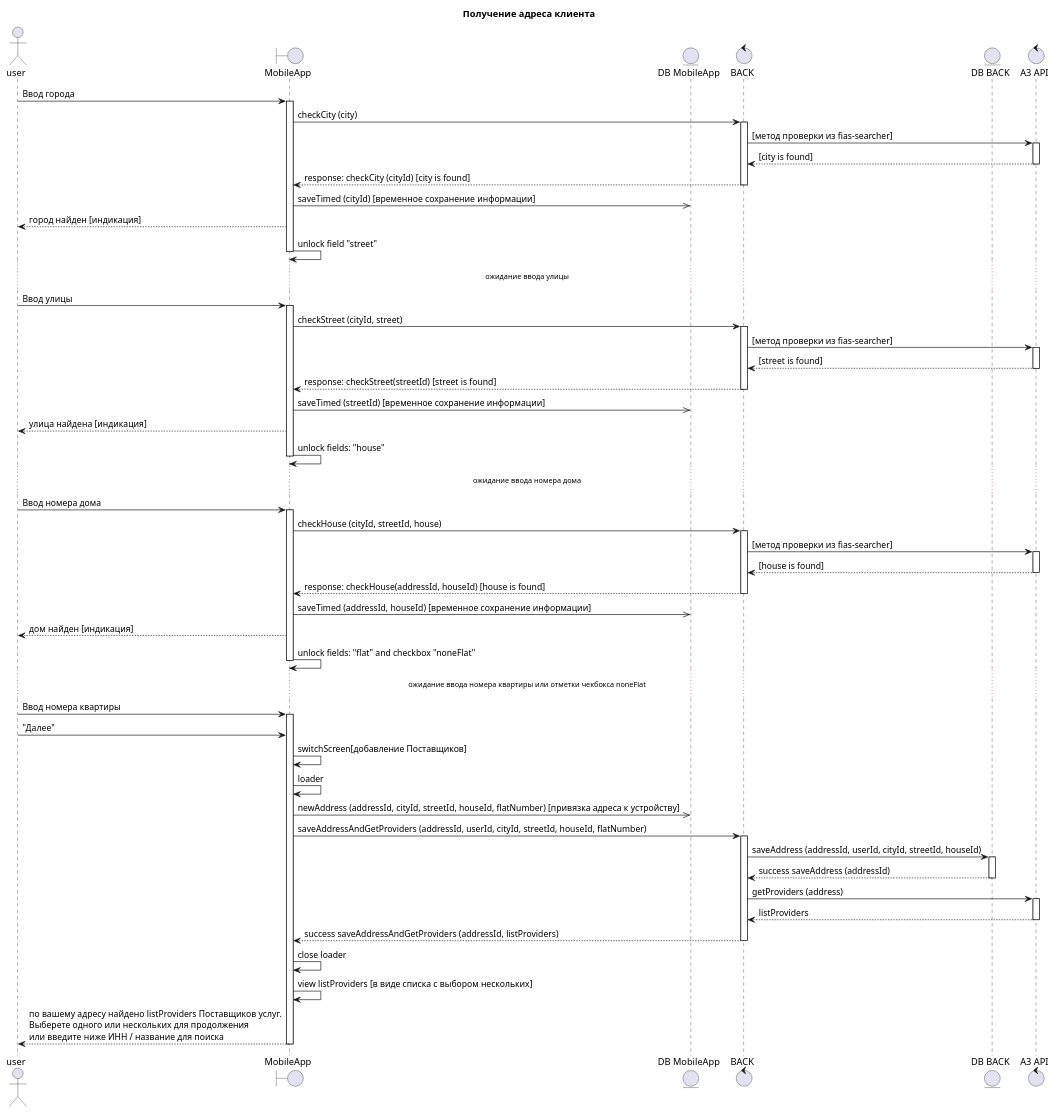
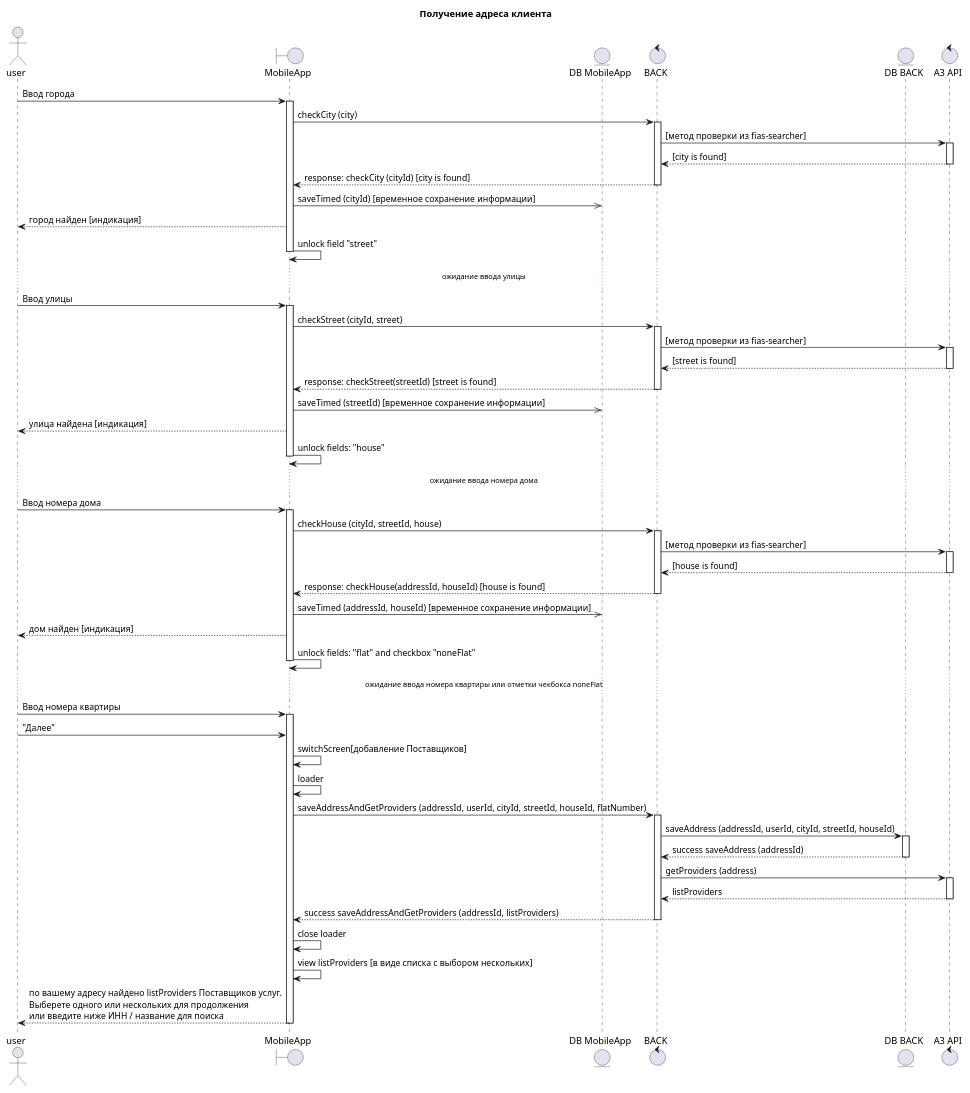
One commit to ArtWh0/UML-Scheme changed the diagram in ПолучениеАдресаКлиента/PlantUML_ПолучениеАдресаКлиента_alter.pu. Above: the diagram before and after it, drawn with PlantUML. The commit also changed 9 other files, not shown here.

Commit message:
Обновление схем

```diff
--- a/ПолучениеАдресаКлиента/PlantUML_ПолучениеАдресаКлиента_alter.pu
+++ b/ПолучениеАдресаКлиента/PlantUML_ПолучениеАдресаКлиента_alter.pu
@@ -1,85 +1,84 @@
 @startuml
 title "Получение адреса клиента"
 actor user
 boundary "MobileApp" as mobapp
 entity "DB MobileApp" as dbmob
 control "BACK" as back
 entity "DB BACK" as db
 control "A3 API" as a3
 
 user -> mobapp : Ввод города
 activate mobapp
     mobapp -> back : checkCity (city)
     activate back
         back -> a3 : [метод проверки из fias-searcher]
         activate a3
             a3 --> back : [city is found]
         deactivate a3
         back --> mobapp :  response: checkCity (cityId) [city is found]
     deactivate back
         mobapp ->> dbmob : saveTimed (cityId) [временное сохранение информации]
     mobapp --> user : город найден [индикация]
     mobapp -> mobapp : unlock field "street"
 deactivate mobapp
 
 
 ...ожидание ввода улицы...
 
 user -> mobapp : Ввод улицы
 activate mobapp
     mobapp -> back : checkStreet (cityId, street)
     activate back
         back -> a3 : [метод проверки из fias-searcher]
         activate a3
             a3 --> back : [street is found]
         deactivate a3
         back --> mobapp :  response: checkStreet(streetId) [street is found]
     deactivate back
     mobapp ->> dbmob : saveTimed (streetId) [временное сохранение информации]
     mobapp --> user : улица найдена [индикация]
     mobapp -> mobapp : unlock fields: "house"
 deactivate mobapp
 
 
 ...ожидание ввода номера дома...
 
     user -> mobapp : Ввод номера дома
     activate mobapp
         mobapp -> back : checkHouse (cityId, streetId, house)
         activate back
             back -> a3 : [метод проверки из fias-searcher]
             activate a3
                 a3 --> back : [house is found]
             deactivate a3
             back --> mobapp :  response: checkHouse(addressId, houseId) [house is found]
         deactivate back
         mobapp ->> dbmob : saveTimed (addressId, houseId) [временное сохранение информации]
         mobapp --> user : дом найден [индикация]
         mobapp -> mobapp : unlock fields: "flat" and checkbox "noneFlat"
     deactivate mobapp
 
 ...ожидание ввода номера квартиры или отметки чекбокса noneFlat...
 
     user -> mobapp : Ввод номера квартиры
     activate mobapp
         user -> mobapp : "Далее"
         mobapp -> mobapp : switchScreen[добавление Поставщиков]
         mobapp -> mobapp : loader
-        mobapp ->> dbmob : newAddress (addressId, cityId, streetId, houseId, flatNumber) [привязка адреса к устройству]
         mobapp -> back : saveAddressAndGetProviders (addressId, userId, cityId, streetId, houseId, flatNumber)
             activate back
                 back -> db : saveAddress (addressId, userId, cityId, streetId, houseId)
                     activate db
                         db --> back : success saveAddress (addressId)
                     deactivate db
                 back -> a3 : getProviders (address)
                     activate a3
                         a3 --> back: listProviders
                     deactivate a3
                 back --> mobapp :  success saveAddressAndGetProviders (addressId, listProviders)
             deactivate back
         mobapp -> mobapp : close loader
         mobapp -> mobapp : view listProviders [в виде списка с выбором нескольких]
         mobapp --> user : по вашему адресу найдено listProviders Поставщиков услуг.\nВыберете одного или нескольких для продолжения\nили введите ниже ИНН / название для поиска
     deactivate mobapp
 @enduml
```
